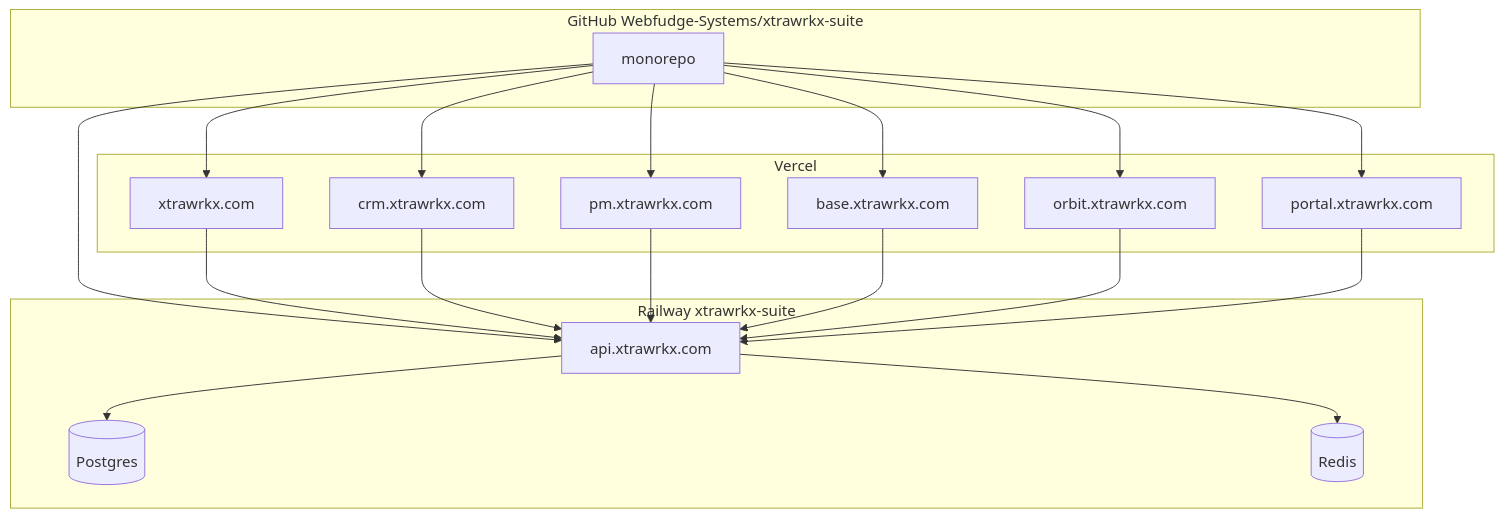
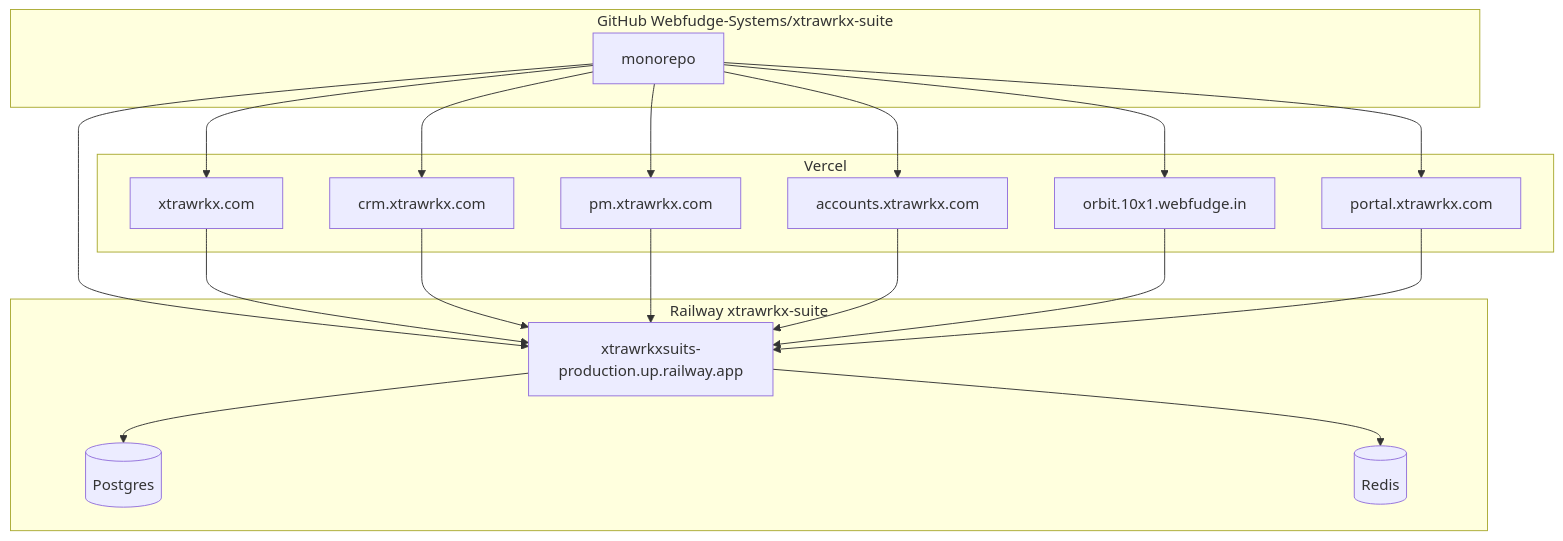
The first of 2 diagrams in docs/WEBFUDGE_SYSTEMS_DEPLOYMENT_GUIDE.md (Webfudge-Systems/xtrawrkx-suite), drawn with Mermaid before and after one commit. The commit also changed other lines of this file and 100 other files, not shown here.

First line of the commit message:
feat: update accounts app with new user management features and environment configurations

````diff
--- a/docs/WEBFUDGE_SYSTEMS_DEPLOYMENT_GUIDE.md
+++ b/docs/WEBFUDGE_SYSTEMS_DEPLOYMENT_GUIDE.md
@@ -47,28 +47,28 @@
 ```mermaid
 flowchart TB
   subgraph GH["GitHub Webfudge-Systems/xtrawrkx-suite"]
     REPO[monorepo]
   end
 
   subgraph VER["Vercel"]
     L[xtrawrkx.com]
     CRM[crm.xtrawrkx.com]
     PM[pm.xtrawrkx.com]
-    BASE[base.xtrawrkx.com]
-    ORB[orbit.xtrawrkx.com]
+    ACC[accounts.xtrawrkx.com]
+    ORB[orbit.10x1.webfudge.in]
     PRT[portal.xtrawrkx.com]
   end
 
   subgraph RW["Railway xtrawrkx-suite"]
-    API[api.xtrawrkx.com]
+    API[xtrawrkxsuits-production.up.railway.app]
     PG[(Postgres)]
     RD[(Redis)]
   end
 
   REPO --> API
-  REPO --> L & CRM & PM & BASE & ORB & PRT
+  REPO --> L & CRM & PM & ACC & ORB & PRT
 
-  L & CRM & PM & BASE & ORB & PRT --> API
+  L & CRM & PM & ACC & ORB & PRT --> API
   API --> PG
   API --> RD
 ```
````
